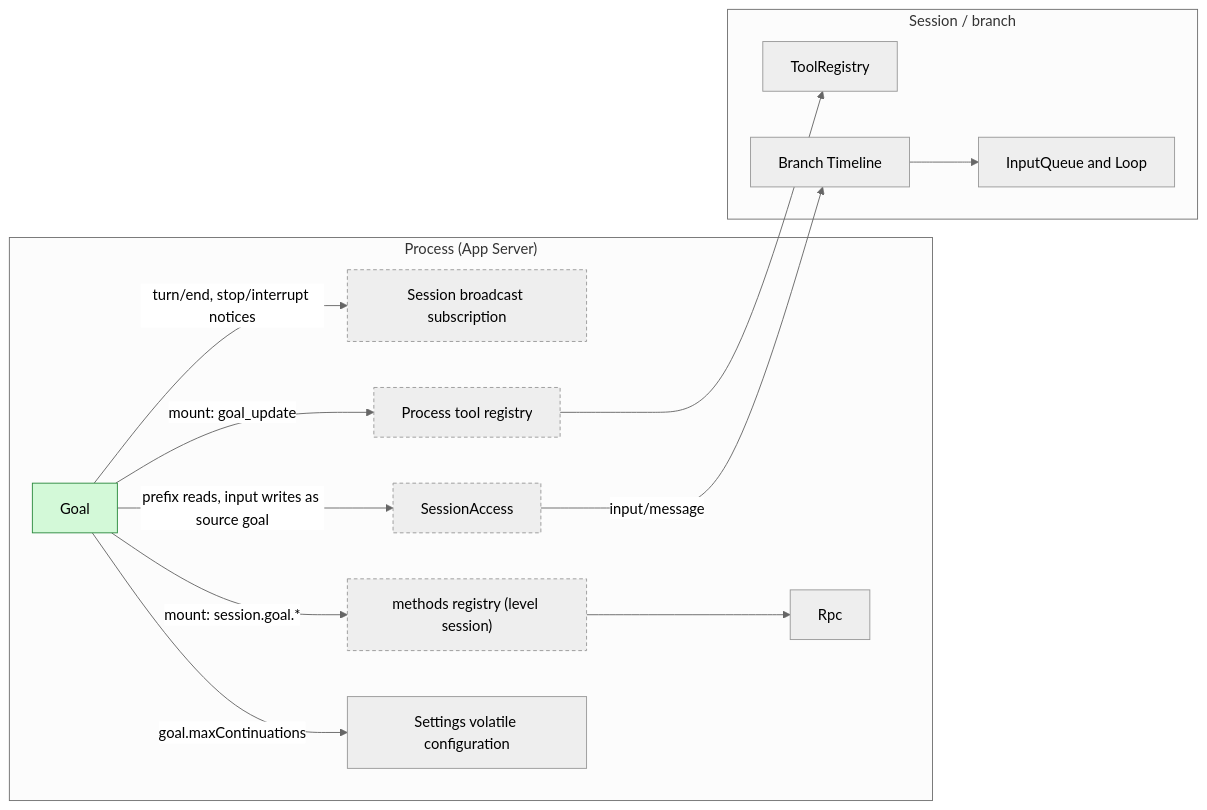
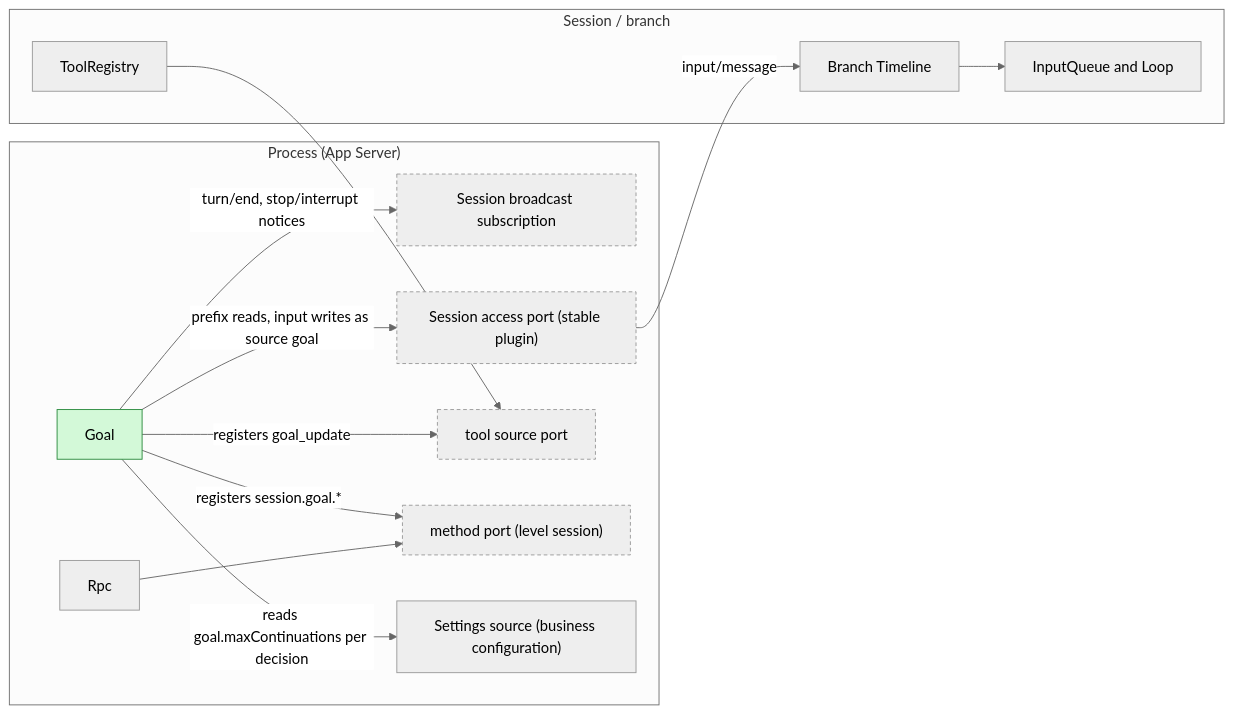
The first of 7 diagrams in docs/design/plugins/Goal.md (CoutinhoTTS/dim-agent), drawn with Mermaid (neutral theme) before and after one commit. The commit also changed other lines of this file and 3 other files, not shown here.

````diff
--- a/docs/design/plugins/Goal.md
+++ b/docs/design/plugins/Goal.md
@@ -9,28 +9,28 @@
 ```mermaid
 flowchart LR
   subgraph PROC["Process (App Server)"]
     GoalP["Goal"]:::new
     SE["Session broadcast subscription"]:::contract
-    SA["SessionAccess"]:::contract
-    PTR["Process tool registry"]:::contract
-    SMC["methods registry (level session)"]:::contract
-    Settings["Settings volatile configuration"]
+    SA["Session access port (stable plugin)"]:::contract
+    PTR["tool source port"]:::contract
+    SMC["method port (level session)"]:::contract
+    Settings["Settings source (business configuration)"]
     Rpc["Rpc"]
   end
   subgraph SESS["Session / branch"]
     ToolRegistry["ToolRegistry"]
     InputQueue["InputQueue and Loop"]
     TL["Branch Timeline"]
   end
   GoalP -->|"turn/end, stop/interrupt notices"| SE
   GoalP -->|"prefix reads, input writes as source goal"| SA
-  GoalP -->|"mount: goal_update"| PTR
-  GoalP -->|"mount: session.goal.*"| SMC
-  GoalP -->|"goal.maxContinuations"| Settings
-  SMC --> Rpc
-  PTR --> ToolRegistry
+  GoalP -->|"registers goal_update"| PTR
+  GoalP -->|"registers session.goal.*"| SMC
+  GoalP -->|"reads goal.maxContinuations per decision"| Settings
+  Rpc --> SMC
+  ToolRegistry --> PTR
   SA -->|"input/message"| TL
   TL --> InputQueue
   classDef new fill:#d3f9d8,stroke:#2b8a3e,color:#000
   classDef contract stroke-dasharray:4 3
 ```
````
